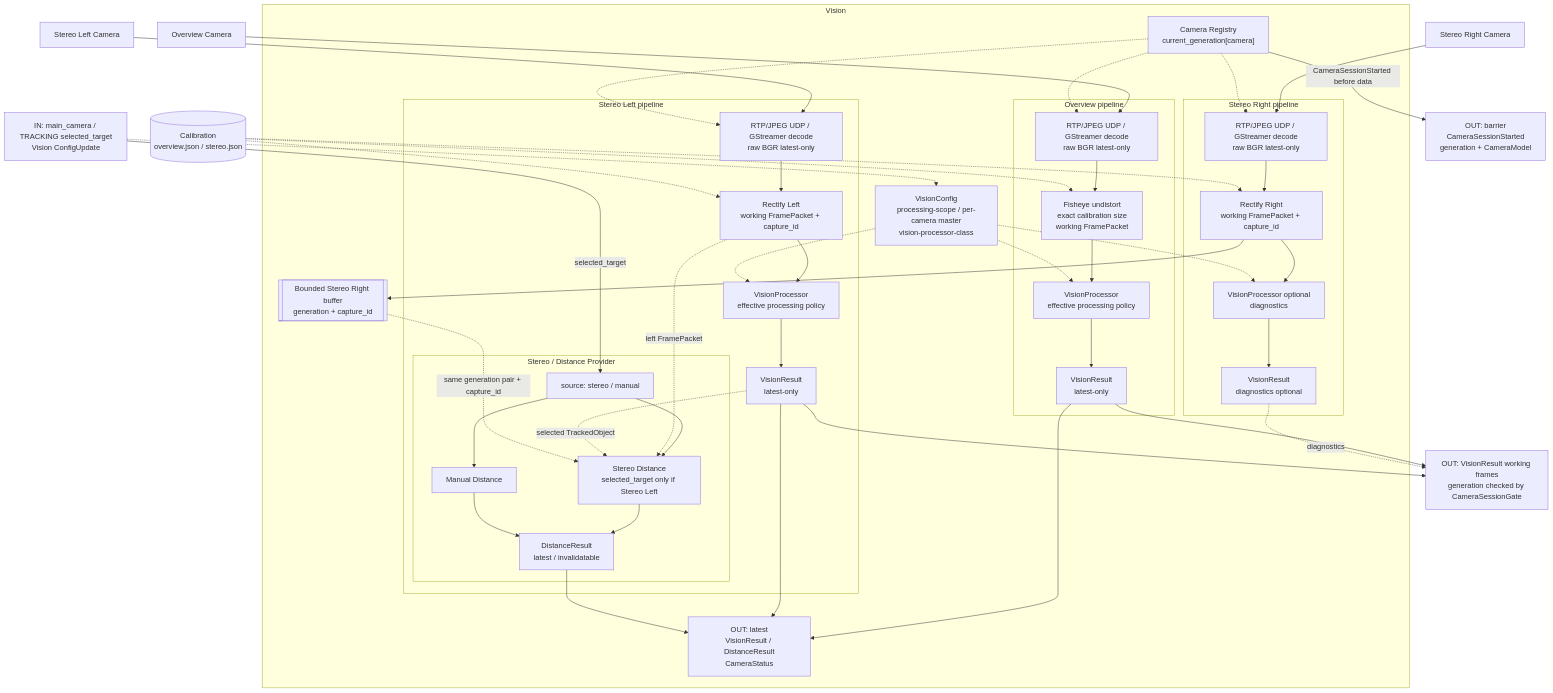
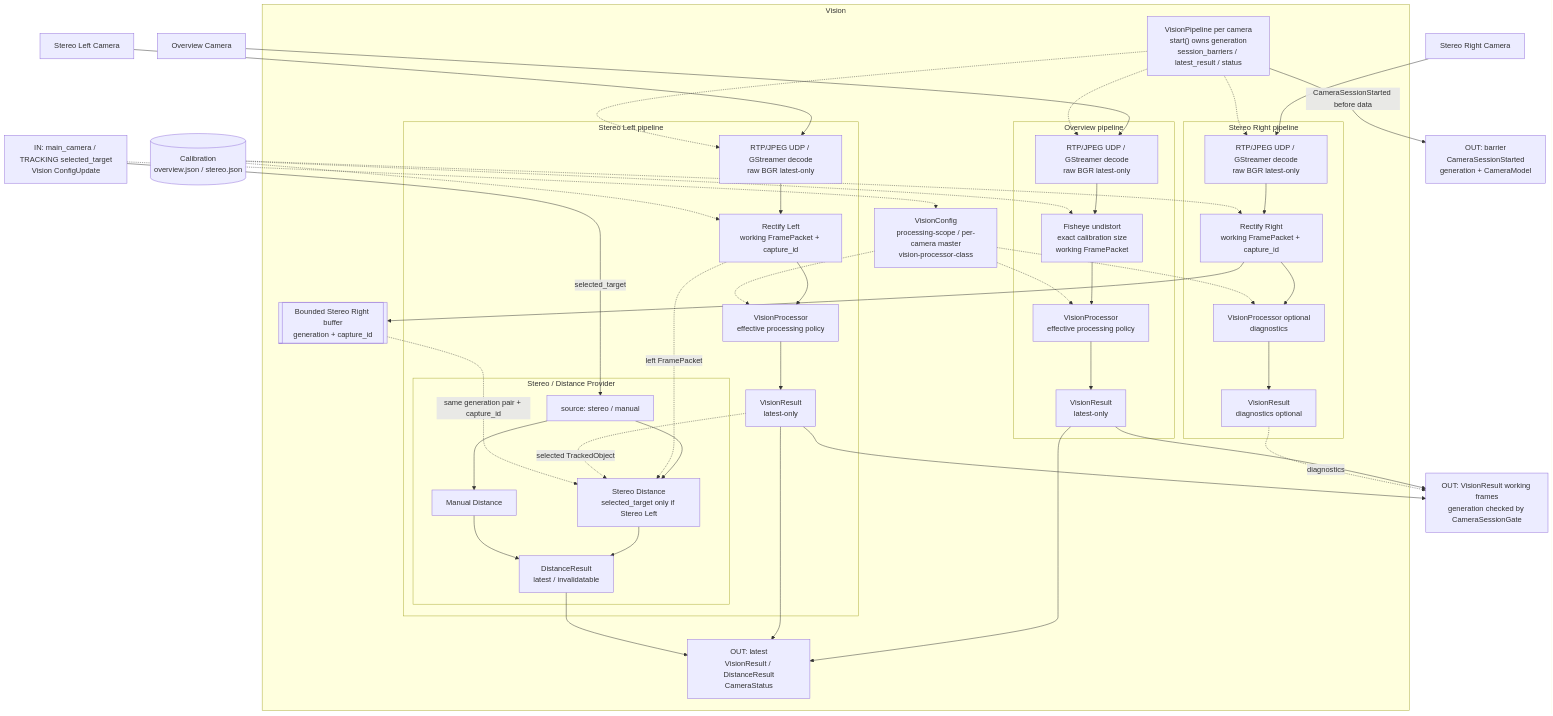
Before and after one commit to BelkaT4/navmin: the diagram in docs/dev/diagrams/vision-diagram.mmd, drawn with Mermaid. The commit also changed 7 other files, not shown here.

Commit message:
docs(architecture): align docs with current implementation

```diff
--- a/docs/dev/diagrams/vision-diagram.mmd
+++ b/docs/dev/diagrams/vision-diagram.mmd
@@ -1,80 +1,80 @@
 flowchart TB
   overview_camera["Overview Camera"]
   left_camera["Stereo Left Camera"]
   right_camera["Stereo Right Camera"]
   calibration[("Calibration<br>overview.json / stereo.json")]
   flag_core_in["IN: main_camera / TRACKING selected_target<br>Vision ConfigUpdate"]
   flag_session_out["OUT: barrier<br>CameraSessionStarted<br>generation + CameraModel"]
   flag_ui_out["OUT: VisionResult working frames<br>generation checked by CameraSessionGate"]
   subgraph vision ["Vision"]
-    registry["Camera Registry<br>current_generation[camera]"]
+    pipeline_sessions["VisionPipeline per camera<br>start() owns generation<br>session_barriers / latest_result / status"]
     vision_config["VisionConfig<br>processing-scope / per-camera master<br>vision-processor-class"]
     right_buffer[["Bounded Stereo Right buffer<br>generation + capture_id"]]
     flag_data_out["OUT: latest<br>VisionResult / DistanceResult<br>CameraStatus"]
     subgraph overview_thread ["Overview pipeline"]
       overview_source["RTP/JPEG UDP / GStreamer decode<br>raw BGR latest-only"]
       overview_geom["Fisheye undistort<br>exact calibration size<br>working FramePacket"]
       overview_processor["VisionProcessor<br>effective processing policy"]
       overview_result["VisionResult<br>latest-only"]
     end
     subgraph left_thread ["Stereo Left pipeline"]
       left_source["RTP/JPEG UDP / GStreamer decode<br>raw BGR latest-only"]
       left_geom["Rectify Left<br>working FramePacket + capture_id"]
       left_processor["VisionProcessor<br>effective processing policy"]
       left_result["VisionResult<br>latest-only"]
       subgraph distance_provider ["Stereo / Distance Provider"]
         distance_switch["source: stereo / manual"]
         stereo_distance["Stereo Distance<br>selected_target only if Stereo Left"]
         manual_distance["Manual Distance"]
         distance_result["DistanceResult<br>latest / invalidatable"]
       end
     end
     subgraph right_thread ["Stereo Right pipeline"]
       right_source["RTP/JPEG UDP / GStreamer decode<br>raw BGR latest-only"]
       right_geom["Rectify Right<br>working FramePacket + capture_id"]
       right_processor["VisionProcessor optional<br>diagnostics"]
       right_result["VisionResult<br>diagnostics optional"]
     end
   end
 
   overview_source --> overview_geom
   overview_geom --> overview_processor
   overview_processor --> overview_result
   left_source --> left_geom
   left_geom --> left_processor
   left_processor --> left_result
   distance_switch --> stereo_distance
   distance_switch --> manual_distance
   stereo_distance --> distance_result
   manual_distance --> distance_result
   left_geom -.->|"left FramePacket"| stereo_distance
   left_result -.->|"selected TrackedObject"| stereo_distance
   right_source --> right_geom
   right_geom --> right_processor
   right_processor --> right_result
   right_geom --> right_buffer
   right_buffer -.->|"same generation pair + capture_id"| stereo_distance
   overview_camera --> overview_source
   left_camera --> left_source
   right_camera --> right_source
   calibration -.-> overview_geom
   calibration -.-> left_geom
   calibration -.-> right_geom
-  registry -.-> overview_source
-  registry -.-> left_source
-  registry -.-> right_source
-  registry -->|"CameraSessionStarted before data"| flag_session_out
+  pipeline_sessions -.-> overview_source
+  pipeline_sessions -.-> left_source
+  pipeline_sessions -.-> right_source
+  pipeline_sessions -->|"CameraSessionStarted before data"| flag_session_out
   flag_core_in -.-> vision_config
   flag_core_in -->|"selected_target"| distance_switch
   vision_config -.-> overview_processor
   vision_config -.-> left_processor
   vision_config -.-> right_processor
   overview_result --> flag_data_out
   left_result --> flag_data_out
   distance_result --> flag_data_out
   overview_result --> flag_ui_out
   left_result --> flag_ui_out
   right_result -.->|"diagnostics"| flag_ui_out
-%% graph:positions {"vision":{"x":-2280,"y":-504,"w":1652,"h":2050},"overview_thread":{"x":96,"y":276,"w":320,"h":628},"left_thread":{"x":666,"y":276,"w":512,"h":1430},"distance_provider":{"x":48,"y":972,"w":428,"h":410},"right_thread":{"x":1240,"y":276,"w":284,"h":796},"overview_camera":{"x":-2112,"y":-606},"left_camera":{"x":-1466,"y":-606},"right_camera":{"x":-976,"y":-606},"calibration":{"x":-2540,"y":-338},"flag_core_in":{"x":-1426,"y":1584,"w":160,"h":78},"flag_session_out":{"x":-1586,"y":-804,"w":160,"h":78},"flag_ui_out":{"x":-540,"y":468,"w":160,"h":78},"registry":{"x":694,"y":46},"vision_config":{"x":246,"y":1894,"w":420,"h":110},"right_buffer":{"x":1464,"y":1170,"w":160,"h":78},"flag_data_out":{"x":156,"y":1114,"w":172,"h":90},"overview_source":{"x":72,"y":60},"overview_geom":{"x":72,"y":156},"overview_processor":{"x":72,"y":348},"overview_result":{"x":72,"y":528},"left_source":{"x":148,"y":70},"left_geom":{"x":148,"y":168},"left_processor":{"x":148,"y":348},"left_result":{"x":148,"y":528},"distance_switch":{"x":140,"y":326},"stereo_distance":{"x":234,"y":182},"manual_distance":{"x":30,"y":182},"distance_result":{"x":126,"y":50},"right_source":{"x":62,"y":60},"right_geom":{"x":62,"y":168},"right_processor":{"x":62,"y":348},"right_result":{"x":64,"y":528}}
-%% graph:waypoints {"left_geom>stereo_distance":[[-1386,53]],"right_geom>right_buffer":[[-889,58]],"calibration>overview_geom":[[-2201,-311]],"calibration>left_geom":[[-1633,-302]],"calibration>right_geom":[[-1085,-320]],"registry>overview_source":[[-1927,-431]],"registry>left_source":[[-1506,-382]],"registry>right_source":[[-1064,-431]],"vision_config>overview_processor":[[-1827,1390],[-1824,192]],"vision_config>left_processor":[[-1404,210],[-1386,183]],"vision_config>right_processor":[[-1827,222],[-913,142]],"left_result>flag_data_out":[[-1637,387]],"distance_result>flag_data_out":[[-1634,809]],"overview_result>flag_ui_out":[[-1928,336]],"left_result>flag_ui_out":[[-1168,516]]}
-%% graph:edges {"left_geom>stereo_distance":{"label":[68,509]},"left_result>stereo_distance":{"label":[-143,-81]},"right_buffer>stereo_distance":{"label":[-4,-25]},"registry>flag_session_out":{"label":[1,-90]},"flag_core_in>distance_switch":{"label":[0,-110]},"overview_result>flag_data_out":{"label":[25,0]},"left_result>flag_data_out":{"label":[25,0]},"distance_result>flag_data_out":{"label":[25,0]},"overview_result>flag_ui_out":{"label":[25,-25]},"left_result>flag_ui_out":{"label":[25,-25]},"right_result>flag_ui_out":{"label":[-3,-75]}}
+%% graph:positions {"vision":{"x":-2280,"y":-504,"w":1652,"h":2050},"overview_thread":{"x":96,"y":276,"w":320,"h":628},"left_thread":{"x":666,"y":276,"w":512,"h":1430},"distance_provider":{"x":48,"y":972,"w":428,"h":410},"right_thread":{"x":1240,"y":276,"w":284,"h":796},"overview_camera":{"x":-2112,"y":-606},"left_camera":{"x":-1466,"y":-606},"right_camera":{"x":-976,"y":-606},"calibration":{"x":-2544,"y":-348,"w":160,"h":90},"flag_core_in":{"x":-1426,"y":1584,"w":160,"h":78},"flag_session_out":{"x":-1586,"y":-804,"w":160,"h":78},"flag_ui_out":{"x":-540,"y":468,"w":160,"h":78},"pipeline_sessions":{"x":694,"y":24,"w":160,"h":102},"vision_config":{"x":246,"y":1894,"w":420,"h":110},"right_buffer":{"x":1464,"y":1170,"w":160,"h":78},"flag_data_out":{"x":156,"y":1114,"w":172,"h":90},"overview_source":{"x":72,"y":60},"overview_geom":{"x":72,"y":156},"overview_processor":{"x":72,"y":348},"overview_result":{"x":72,"y":528},"left_source":{"x":148,"y":70},"left_geom":{"x":148,"y":168},"left_processor":{"x":148,"y":348},"left_result":{"x":148,"y":528},"distance_switch":{"x":140,"y":326},"stereo_distance":{"x":234,"y":182},"manual_distance":{"x":30,"y":182},"distance_result":{"x":126,"y":50},"right_source":{"x":62,"y":60},"right_geom":{"x":62,"y":168},"right_processor":{"x":62,"y":348},"right_result":{"x":64,"y":528}}
+%% graph:waypoints {"left_geom>stereo_distance":[[-1386,53]],"right_geom>right_buffer":[[-889,58]],"calibration>overview_geom":[[-2198,-303]],"calibration>left_geom":[[-1640,-294]],"calibration>right_geom":[[-1072,-312]],"pipeline_sessions>overview_source":[[-1928,-429]],"pipeline_sessions>left_source":[[-1506,-355]],"pipeline_sessions>right_source":[[-1054,-429]],"vision_config>overview_processor":[[-1827,1390],[-1824,192]],"vision_config>left_processor":[[-1404,210],[-1386,183]],"vision_config>right_processor":[[-1827,222],[-913,142]],"left_result>flag_data_out":[[-1637,387]],"distance_result>flag_data_out":[[-1634,809]],"overview_result>flag_ui_out":[[-1928,336]],"left_result>flag_ui_out":[[-1168,516]]}
+%% graph:edges {"left_geom>stereo_distance":{"label":[68,509]},"left_result>stereo_distance":{"label":[-143,-81]},"right_buffer>stereo_distance":{"label":[-4,-25]},"pipeline_sessions>flag_session_out":{"label":[1,-90]},"flag_core_in>distance_switch":{"label":[0,-110]},"overview_result>flag_data_out":{"label":[25,0]},"left_result>flag_data_out":{"label":[25,0]},"distance_result>flag_data_out":{"label":[25,0]},"overview_result>flag_ui_out":{"label":[25,-25]},"left_result>flag_ui_out":{"label":[25,-25]},"right_result>flag_ui_out":{"label":[-3,-75]}}
```
